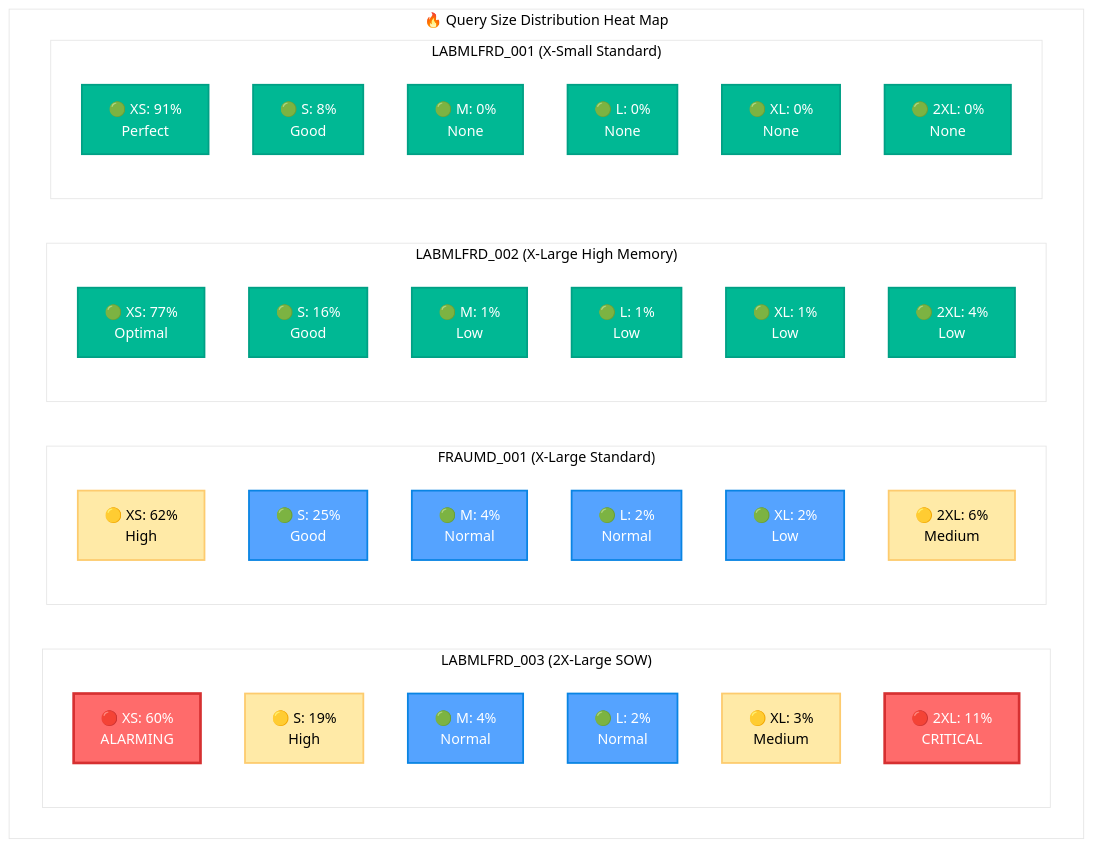
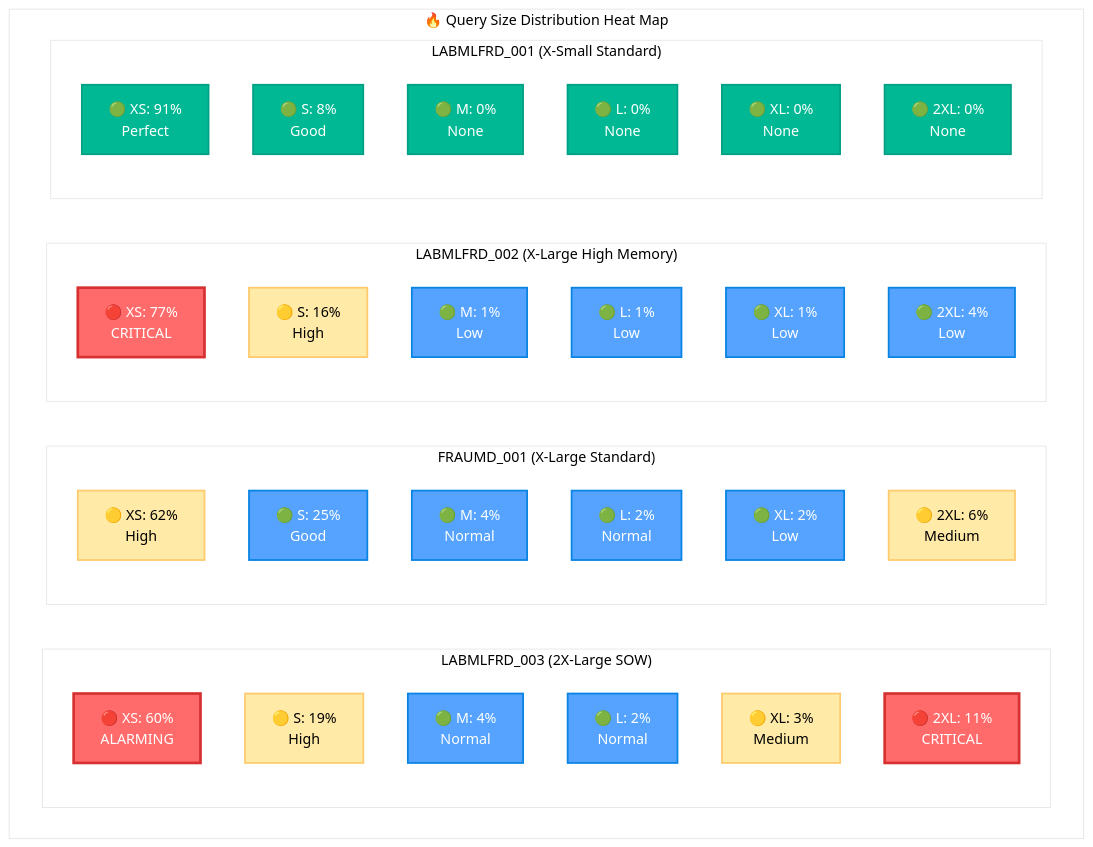
Before and after one commit to sfc-gh-mhindi/REPO_CBA: the first of 4 diagrams in WH Analysis/FRAUMD_Warehouse_Analysis_Guide.md, drawn with Mermaid. The commit also changed other lines of this file, not shown here.

First line of the commit message:
fix: Corrected critical analysis error for LABMLFRD_002 warehouse

````diff
--- a/WH Analysis/FRAUMD_Warehouse_Analysis_Guide.md
+++ b/WH Analysis/FRAUMD_Warehouse_Analysis_Guide.md
@@ -111,51 +107,51 @@
 ```mermaid
 %%{init: {'theme':'base', 'themeVariables': { 'primaryColor': '#ff6b6b', 'primaryTextColor': '#fff', 'primaryBorderColor': '#7C0000', 'lineColor': '#F8B229', 'secondaryColor': '#006100', 'tertiaryColor': '#fff'}}}%%
 flowchart TB
     subgraph "🔥 Query Size Distribution Heat Map"
         subgraph "LABMLFRD_003 (2X-Large SOW)"
             L003_XS["🔴 XS: 60%<br/>ALARMING"]
             L003_S["🟡 S: 19%<br/>High"]
             L003_M["🟢 M: 4%<br/>Normal"]
             L003_L["🟢 L: 2%<br/>Normal"]
             L003_XL["🟡 XL: 3%<br/>Medium"]
             L003_2XL["🔴 2XL: 11%<br/>CRITICAL"]
         end
         
         subgraph "FRAUMD_001 (X-Large Standard)"
             F001_XS["🟡 XS: 62%<br/>High"]
             F001_S["🟢 S: 25%<br/>Good"]
             F001_M["🟢 M: 4%<br/>Normal"]
             F001_L["🟢 L: 2%<br/>Normal"]
             F001_XL["🟢 XL: 2%<br/>Low"]
             F001_2XL["🟡 2XL: 6%<br/>Medium"]
         end
         
         subgraph "LABMLFRD_002 (X-Large High Memory)"
-            L002_XS["🟢 XS: 77%<br/>Optimal"]
-            L002_S["🟢 S: 16%<br/>Good"]
+            L002_XS["🔴 XS: 77%<br/>CRITICAL"]
+            L002_S["🟡 S: 16%<br/>High"]
             L002_M["🟢 M: 1%<br/>Low"]
             L002_L["🟢 L: 1%<br/>Low"]
             L002_XL["🟢 XL: 1%<br/>Low"]
             L002_2XL["🟢 2XL: 4%<br/>Low"]
         end
         
         subgraph "LABMLFRD_001 (X-Small Standard)"
             L001_XS["🟢 XS: 91%<br/>Perfect"]
             L001_S["🟢 S: 8%<br/>Good"]
             L001_M["🟢 M: 0%<br/>None"]
             L001_L["🟢 L: 0%<br/>None"]
             L001_XL["🟢 XL: 0%<br/>None"]
             L001_2XL["🟢 2XL: 0%<br/>None"]
         end
     end
     
     classDef critical fill:#ff6b6b,stroke:#d63031,stroke-width:3px,color:#fff
     classDef warning fill:#ffeaa7,stroke:#fdcb6e,stroke-width:2px,color:#000
     classDef good fill:#55a3ff,stroke:#0984e3,stroke-width:2px,color:#fff
     classDef optimal fill:#00b894,stroke:#00a085,stroke-width:2px,color:#fff
     
-    class L003_XS,L003_2XL critical
-    class L003_S,L003_XL,F001_XS,F001_2XL warning
-    class L003_M,L003_L,F001_S,F001_M,F001_L,F001_XL good
-    class L002_XS,L002_S,L002_M,L002_L,L002_XL,L002_2XL,L001_XS,L001_S,L001_M,L001_L,L001_XL,L001_2XL optimal
+    class L003_XS,L003_2XL,L002_XS critical
+    class L003_S,L003_XL,F001_XS,F001_2XL,L002_S warning
+    class L003_M,L003_L,F001_S,F001_M,F001_L,F001_XL,L002_M,L002_L,L002_XL,L002_2XL good
+    class L001_XS,L001_S,L001_M,L001_L,L001_XL,L001_2XL optimal
 ```
````
